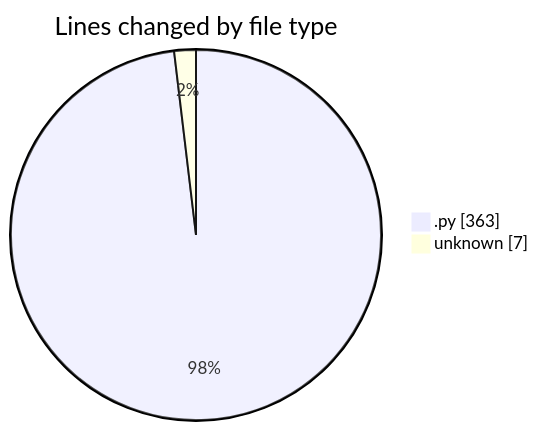
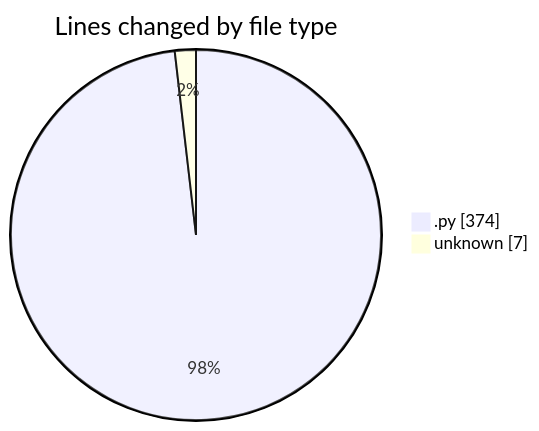
Before and after one commit to momahboobian/code-tracking: the first of 2 diagrams in 2026-09-21/video-downloader/README.md, drawn with Mermaid. The commit also changed other lines of this file and 1 other file, not shown here.

````diff
--- a/2026-09-21/video-downloader/README.md
+++ b/2026-09-21/video-downloader/README.md
@@ -22,6 +22,6 @@
 ```mermaid
 pie showData
 title Lines changed by file type
-".py" : 363
+".py" : 374
 "unknown" : 7
 ```
````
